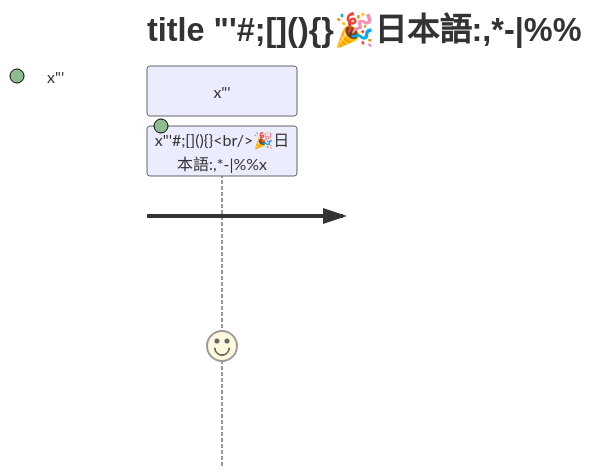
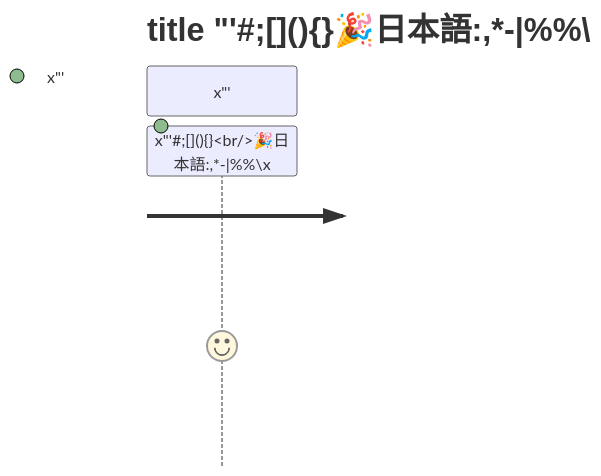
One commit to nao1215/markdown changed the diagram in doc/edgecase/userjourney.md. Above: the diagram before and after it, drawn with Mermaid. The commit also changed 18 other files, not shown here.

First line of the commit message:
test(edgecase): put every character through every diagram type (#172)

````diff
--- a/doc/edgecase/userjourney.md
+++ b/doc/edgecase/userjourney.md
@@ -5,6 +5,6 @@
 ```mermaid
 journey
-    title title "'#35;#59;[](){}🎉日本語:,*-|%%
-    section x"'##59;[](){}<br/>🎉日本語#58;,*-|%%x
-        x"'#35;#59;[](){}<br/>🎉日本語#58;,*-|%%x: 4: x"'##59;[](){}<br/>🎉日本語#58;#44;*-|%%x
+    title title "'#35;#59;[](){}🎉日本語:,*-|%%\
+    section x"'##59;[](){}<br/>🎉日本語#58;,*-|%%\x
+        x"'#35;#59;[](){}<br/>🎉日本語#58;,*-|%%\x: 4: x"'##59;[](){}<br/>🎉日本語#58;#44;*-|%%\x
 ```
````
